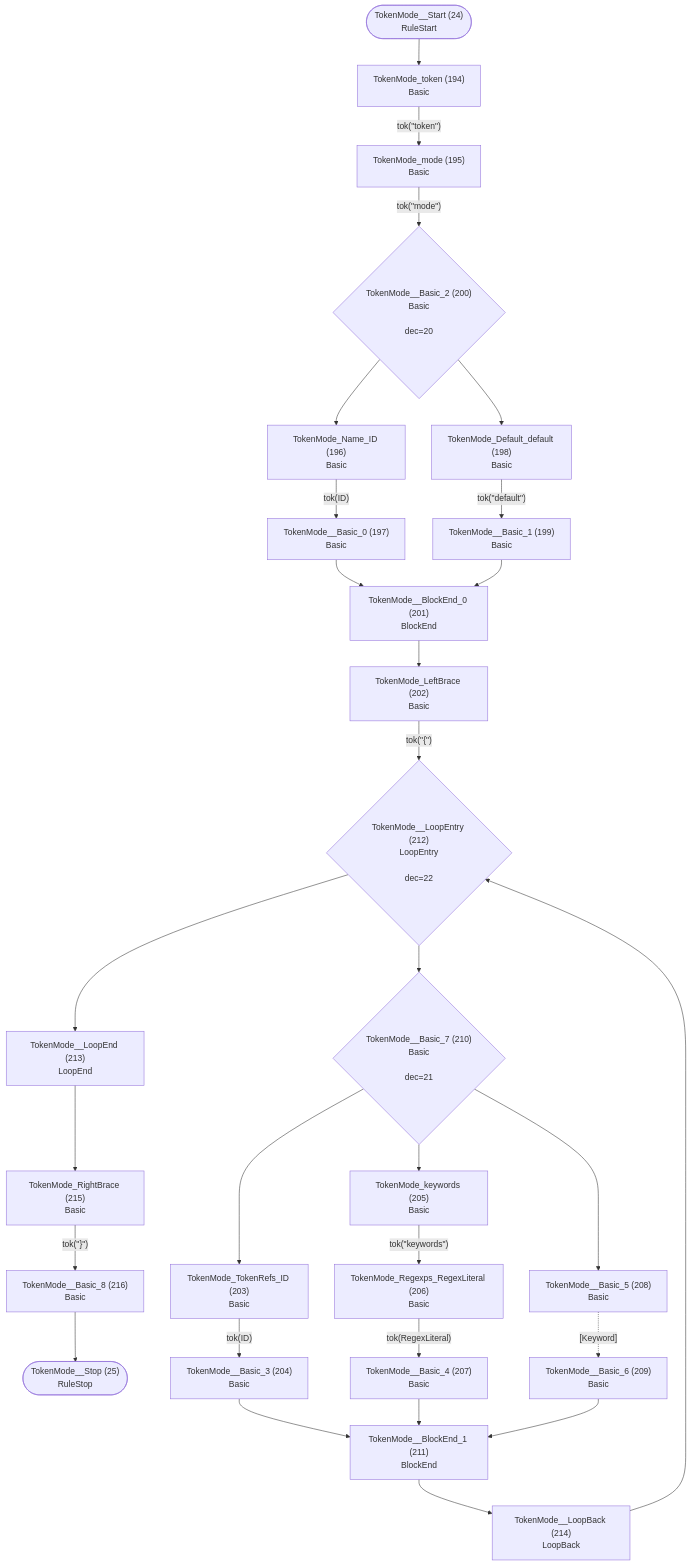
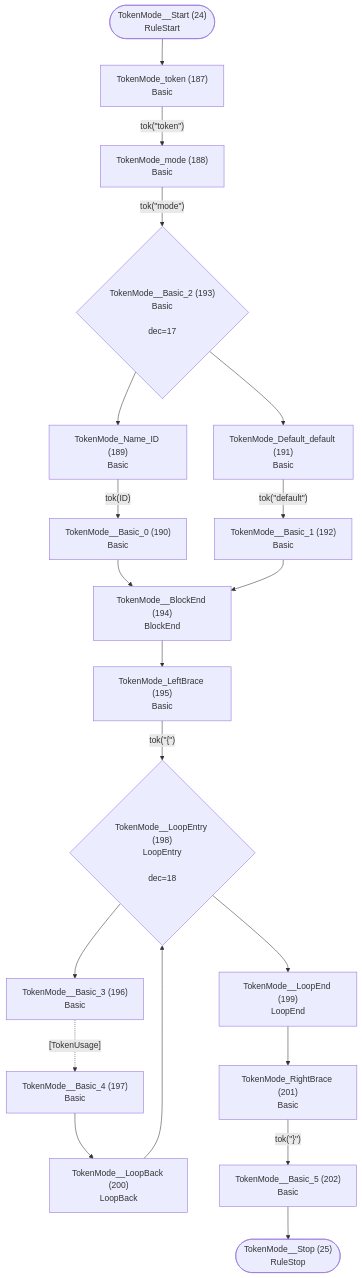
Before and after one commit to TypeFox/fastbelt: diagram 13 of 29 in internal/grammar/atn.md, drawn with Mermaid. The commit also changed other lines of this file and 13 other files, not shown here.

````diff
--- a/internal/grammar/atn.md
+++ b/internal/grammar/atn.md
@@ -430,57 +409,41 @@
 ```mermaid
 flowchart TD
     q24(["TokenMode__Start (24)<br/>RuleStart"])
     q25(["TokenMode__Stop (25)<br/>RuleStop"])
-    q194["TokenMode_token (194)<br/>Basic<br/>"]
-    q195["TokenMode_mode (195)<br/>Basic<br/>"]
-    q196["TokenMode_Name_ID (196)<br/>Basic<br/>"]
-    q197["TokenMode__Basic_0 (197)<br/>Basic<br/>"]
-    q198["TokenMode_Default_default (198)<br/>Basic<br/>"]
-    q199["TokenMode__Basic_1 (199)<br/>Basic<br/>"]
-    q200{"TokenMode__Basic_2 (200)<br/>Basic<br/><br/>dec=20"}
-    q201["TokenMode__BlockEnd_0 (201)<br/>BlockEnd<br/>"]
-    q202["TokenMode_LeftBrace (202)<br/>Basic<br/>"]
-    q203["TokenMode_TokenRefs_ID (203)<br/>Basic<br/>"]
-    q204["TokenMode__Basic_3 (204)<br/>Basic<br/>"]
-    q205["TokenMode_keywords (205)<br/>Basic<br/>"]
-    q206["TokenMode_Regexps_RegexLiteral (206)<br/>Basic<br/>"]
-    q207["TokenMode__Basic_4 (207)<br/>Basic<br/>"]
-    q208["TokenMode__Basic_5 (208)<br/>Basic<br/>"]
-    q209["TokenMode__Basic_6 (209)<br/>Basic<br/>"]
-    q210{"TokenMode__Basic_7 (210)<br/>Basic<br/><br/>dec=21"}
-    q211["TokenMode__BlockEnd_1 (211)<br/>BlockEnd<br/>"]
-    q212{"TokenMode__LoopEntry (212)<br/>LoopEntry<br/><br/>dec=22"}
-    q213["TokenMode__LoopEnd (213)<br/>LoopEnd<br/>"]
-    q214["TokenMode__LoopBack (214)<br/>LoopBack<br/>"]
-    q215["TokenMode_RightBrace (215)<br/>Basic<br/>"]
-    q216["TokenMode__Basic_8 (216)<br/>Basic<br/>"]
+    q187["TokenMode_token (187)<br/>Basic<br/>"]
+    q188["TokenMode_mode (188)<br/>Basic<br/>"]
+    q189["TokenMode_Name_ID (189)<br/>Basic<br/>"]
+    q190["TokenMode__Basic_0 (190)<br/>Basic<br/>"]
+    q191["TokenMode_Default_default (191)<br/>Basic<br/>"]
+    q192["TokenMode__Basic_1 (192)<br/>Basic<br/>"]
+    q193{"TokenMode__Basic_2 (193)<br/>Basic<br/><br/>dec=17"}
+    q194["TokenMode__BlockEnd (194)<br/>BlockEnd<br/>"]
+    q195["TokenMode_LeftBrace (195)<br/>Basic<br/>"]
+    q196["TokenMode__Basic_3 (196)<br/>Basic<br/>"]
+    q197["TokenMode__Basic_4 (197)<br/>Basic<br/>"]
+    q198{"TokenMode__LoopEntry (198)<br/>LoopEntry<br/><br/>dec=18"}
+    q199["TokenMode__LoopEnd (199)<br/>LoopEnd<br/>"]
+    q200["TokenMode__LoopBack (200)<br/>LoopBack<br/>"]
+    q201["TokenMode_RightBrace (201)<br/>Basic<br/>"]
+    q202["TokenMode__Basic_5 (202)<br/>Basic<br/>"]
 
-    q24 --> q194
-    q194 -->|"tok(&quot;token&quot;)"| q195
-    q195 -->|"tok(&quot;mode&quot;)"| q200
-    q196 -->|"tok(ID)"| q197
-    q197 --> q201
-    q198 -->|"tok(&quot;default&quot;)"| q199
+    q24 --> q187
+    q187 -->|"tok(&quot;token&quot;)"| q188
+    q188 -->|"tok(&quot;mode&quot;)"| q193
+    q189 -->|"tok(ID)"| q190
+    q190 --> q194
+    q191 -->|"tok(&quot;default&quot;)"| q192
+    q192 --> q194
+    q193 --> q189
+    q193 --> q191
+    q194 --> q195
+    q195 -->|"tok(&quot;{&quot;)"| q198
+    q196 -.->|"[TokenUsage]"| q197
+    q197 --> q200
+    q198 --> q196
+    q198 --> q199
     q199 --> q201
-    q200 --> q196
     q200 --> q198
-    q201 --> q202
-    q202 -->|"tok(&quot;{&quot;)"| q212
-    q203 -->|"tok(ID)"| q204
-    q204 --> q211
-    q205 -->|"tok(&quot;keywords&quot;)"| q206
-    q206 -->|"tok(RegexLiteral)"| q207
-    q207 --> q211
-    q208 -.->|"[Keyword]"| q209
-    q209 --> q211
-    q210 --> q203
-    q210 --> q205
-    q210 --> q208
-    q211 --> q214
-    q212 --> q210
-    q212 --> q213
-    q213 --> q215
-    q214 --> q212
-    q215 -->|"tok(&quot;}&quot;)"| q216
-    q216 --> q25
+    q201 -->|"tok(&quot;}&quot;)"| q202
+    q202 --> q25
 ```
````
